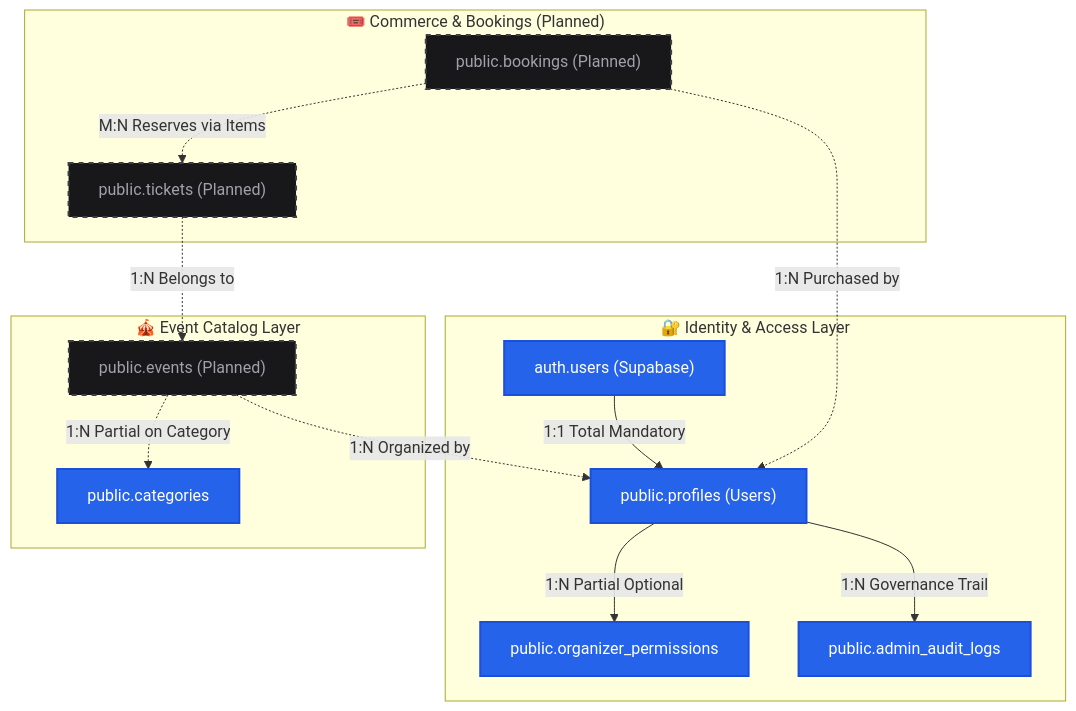
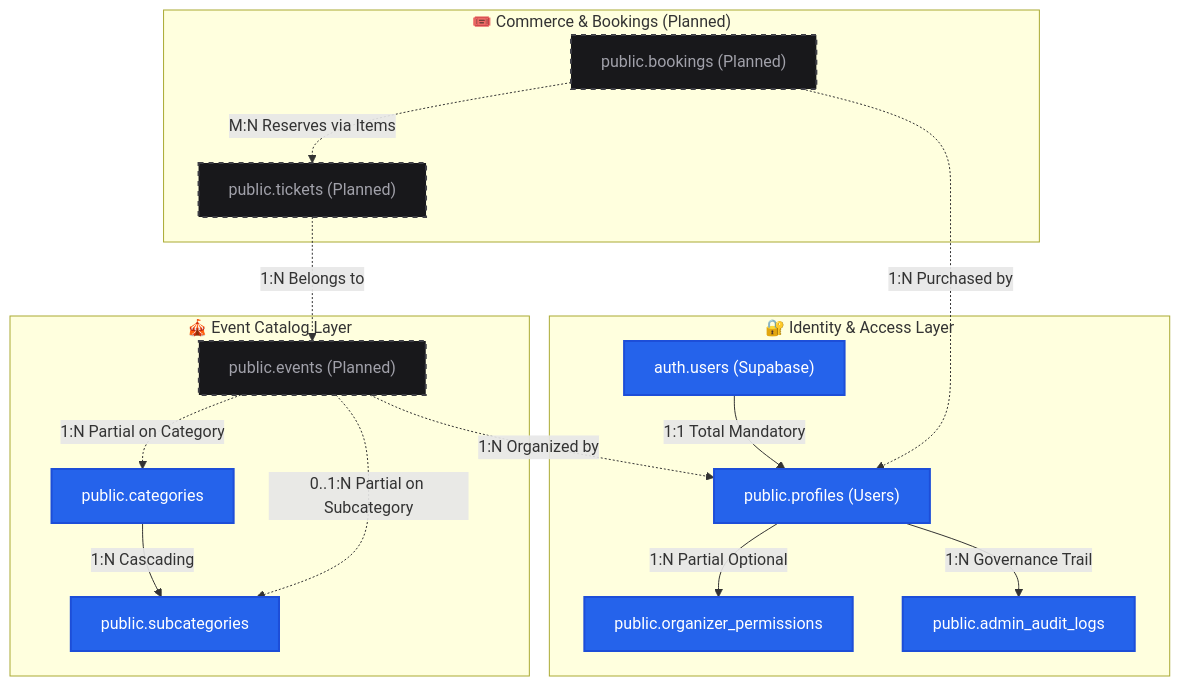
The third of 4 diagrams in docs/DB_STRUCTURE.md (AbdullahAhmed903/Tiqora), drawn with Mermaid before and after one commit. The commit also changed other lines of this file and 3 other files, not shown here.

````diff
--- a/docs/DB_STRUCTURE.md
+++ b/docs/DB_STRUCTURE.md
@@ -209,26 +241,29 @@
 ```mermaid
 graph TD
     subgraph Auth_Identity ["🔐 Identity & Access Layer"]
         AU["auth.users (Supabase)"] -->|1:1 Total Mandatory| P["public.profiles (Users)"]
         P -->|1:N Partial Optional| OP["public.organizer_permissions"]
         P -->|1:N Governance Trail| AL["public.admin_audit_logs"]
     end
 
     subgraph Catalog ["🎪 Event Catalog Layer"]
         C["public.categories"]
+        SC["public.subcategories"]
+        C -->|1:N Cascading| SC
         E["public.events (Planned)"] -.->|1:N Partial on Category| C
+        E -.->|0..1:N Partial on Subcategory| SC
         E -.->|1:N Organized by| P
     end
 
     subgraph Operations ["🎟️ Commerce & Bookings (Planned)"]
         T["public.tickets (Planned)"] -.->|1:N Belongs to| E
         B["public.bookings (Planned)"] -.->|1:N Purchased by| P
         B -.->|M:N Reserves via Items| T
     end
 
     classDef active fill:#2563EB,stroke:#1D4ED8,stroke-width:2px,color:#fff;
     classDef planned fill:#18181B,stroke:#3F3F46,stroke-width:2px,stroke-dasharray: 5 5,color:#A1A1AA;
     
-    class AU,P,OP,AL,C active;
+    class AU,P,OP,AL,C,SC active;
     class E,T,B planned;
 ```
````
